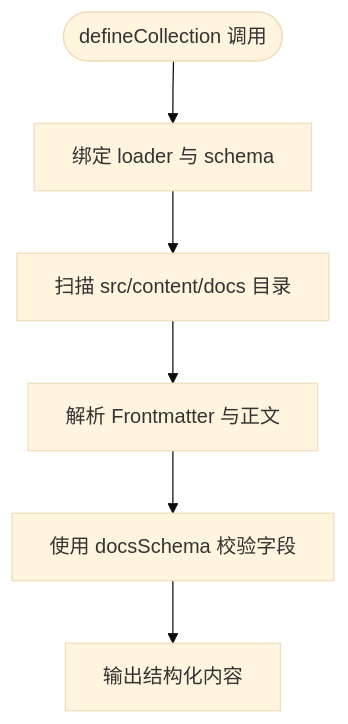
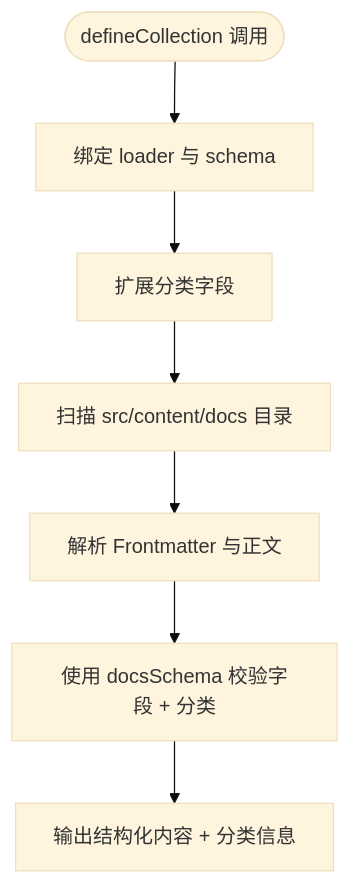
One commit to NTLx/ntlx.github.io changed the third of 6 diagrams in .qoder/repowiki/zh/content/内容管理系统/内容结构设计.md. Above: the diagram before and after it, drawn with Mermaid (base theme). The commit also changed other lines of this file and 10 other files, not shown here.

````diff
--- a/.qoder/repowiki/zh/content/内容管理系统/内容结构设计.md
+++ b/.qoder/repowiki/zh/content/内容管理系统/内容结构设计.md
@@ -116,8 +163,9 @@
 ```mermaid
 flowchart TD
 Start(["defineCollection 调用"]) --> Bind["绑定 loader 与 schema"]
-Bind --> Scan["扫描 src/content/docs 目录"]
+Bind --> Extend["扩展分类字段"]
+Extend --> Scan["扫描 src/content/docs 目录"]
 Scan --> Parse["解析 Frontmatter 与正文"]
-Parse --> Validate["使用 docsSchema 校验字段"]
-Validate --> Output["输出结构化内容"]
+Parse --> Validate["使用 docsSchema 校验字段 + 分类"]
+Validate --> Output["输出结构化内容 + 分类信息"]
 ```
````
